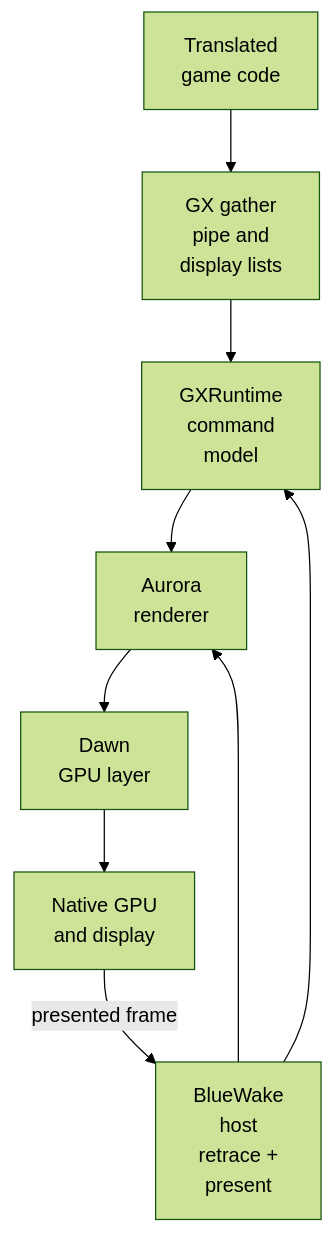
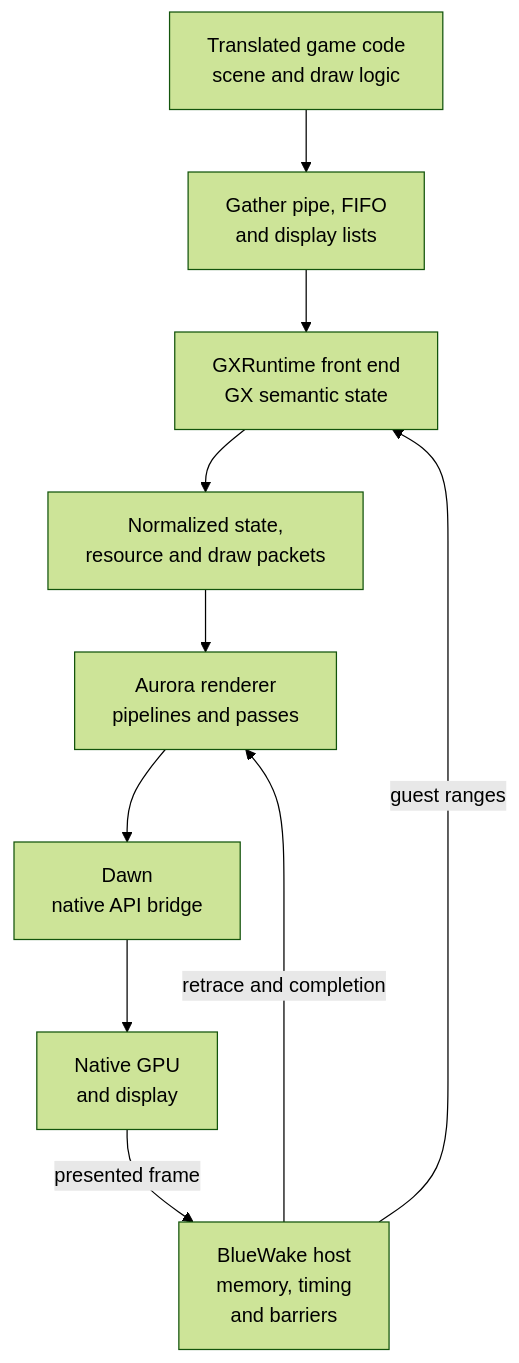
Before and after one commit to Aelbannan/boat_of_daphnes: the first of 5 diagrams in docs/architecture/Graphics.md, drawn with Mermaid (forest theme). The commit also changed other lines of this file, not shown here.

Commit message:
docs: explain graphics runtime end to end

````diff
--- a/docs/architecture/Graphics.md
+++ b/docs/architecture/Graphics.md
@@ -31,26 +79,25 @@
 ```mermaid
 flowchart TD
-    Game["`Translated
-game code`"]
-    FIFO["`GX gather
-pipe and
-display lists`"]
-    GX["`GXRuntime
-command
-model`"]
-    Aurora["`Aurora
-renderer`"]
+    Game["`Translated game code
+scene and draw logic`"]
+    FIFO["`Gather pipe, FIFO
+and display lists`"]
+    GX["`GXRuntime front end
+GX semantic state`"]
+    Packets["`Normalized state,
+resource and draw packets`"]
+    Aurora["`Aurora renderer
+pipelines and passes`"]
     Dawn["`Dawn
-GPU layer`"]
+native API bridge`"]
     GPU["`Native GPU
 and display`"]
-    Host["`BlueWake
-host
-retrace +
-present`"]
+    Host["`BlueWake host
+memory, timing
+and barriers`"]
 
-    Game --> FIFO --> GX --> Aurora --> Dawn --> GPU
-    Host --> GX
-    Host --> Aurora
+    Game --> FIFO --> GX --> Packets --> Aurora --> Dawn --> GPU
+    Host -->|"guest ranges"| GX
+    Host -->|"retrace and completion"| Aurora
     GPU -->|"presented frame"| Host
 ```
````
